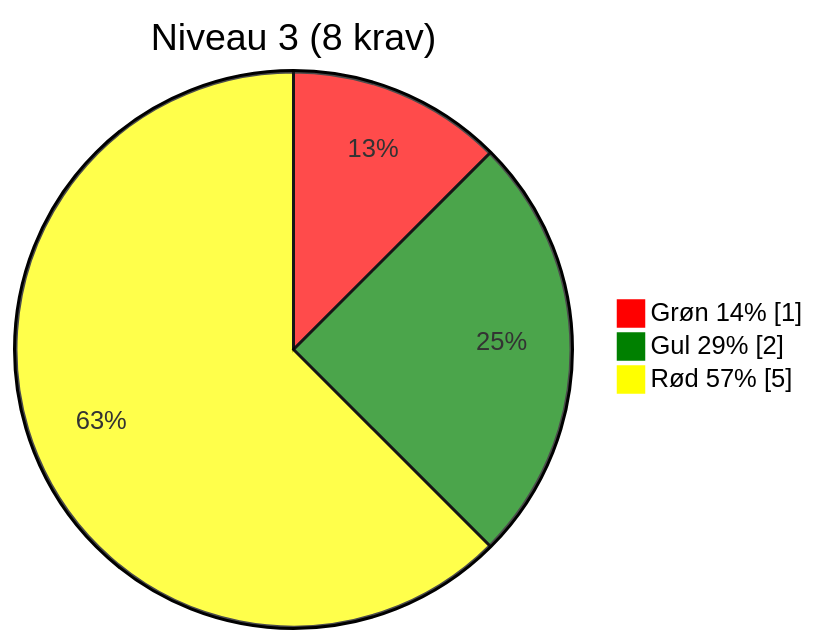
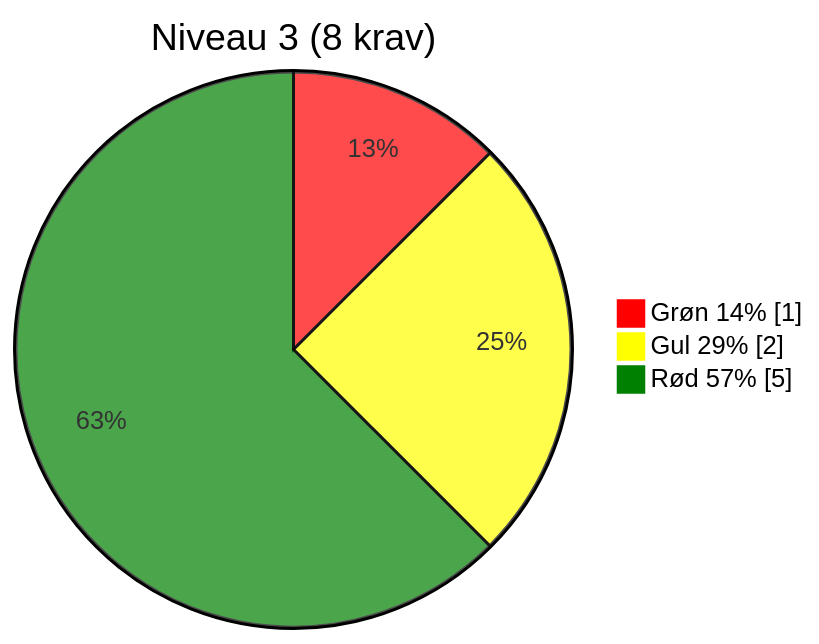
One commit to OS2offdig/os2-product-audits changed the fourth of 5 diagrams in 2025-09-audits/os2autoproces_assessment_2025-09-05.md. Above: the diagram before and after it, drawn with Mermaid. The commit also changed other lines of this file, not shown here.

````diff
--- a/2025-09-audits/os2autoproces_assessment_2025-09-05.md
+++ b/2025-09-audits/os2autoproces_assessment_2025-09-05.md
@@ -160,10 +160,10 @@
 ```mermaid
 %%{init: {"themeVariables": {
-  "pie2": "#008000", "pie3": "#FFFF00", "pie1": "#FF0000"
+  "pie3": "#008000", "pie2": "#FFFF00", "pie1": "#FF0000"
 }}}%%
 pie showData
   title Niveau 3 (8 krav)
   "Grøn 14%" : 1
   "Gul 29%"  : 2
   "Rød 57%"  : 5
 ```
````
